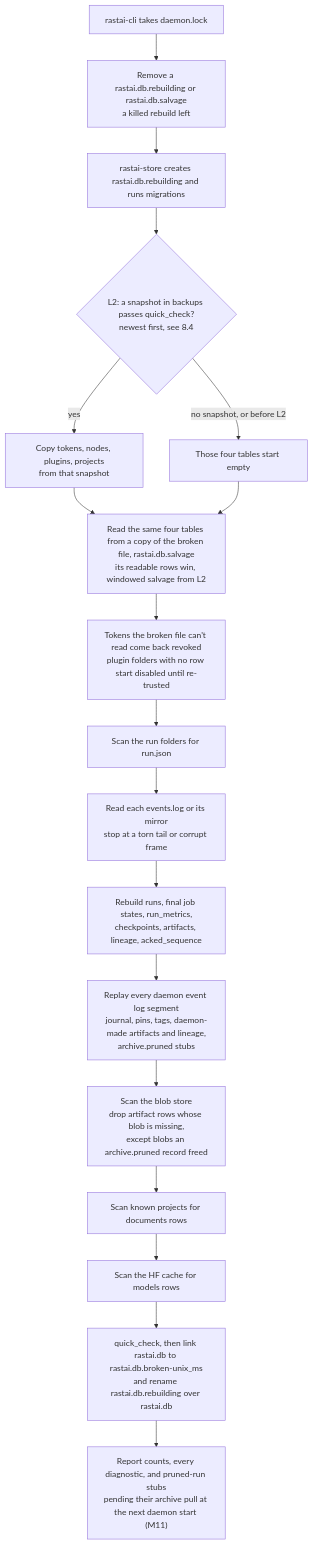
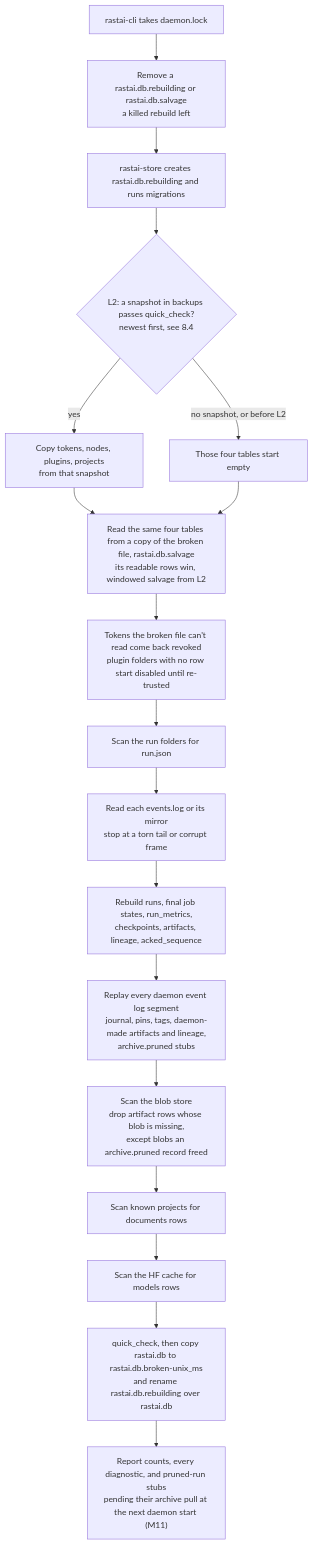
Diagram 28 of 55 in docs/architecture/flows/platform.md (Snubiss/RASTAI-Research-Studio), drawn with Mermaid before and after one commit. The commit also changed 8 other files, not shown here.

````diff
--- a/docs/architecture/flows/platform.md
+++ b/docs/architecture/flows/platform.md
@@ -1370,20 +1370,20 @@
 ```mermaid
 flowchart TD
   A["rastai-cli takes daemon.lock"] --> B["Remove a rastai.db.rebuilding or rastai.db.salvage<br/>a killed rebuild left"]
   B --> C["rastai-store creates rastai.db.rebuilding and runs migrations"]
   C --> D{"L2: a snapshot in backups passes quick_check?<br/>newest first, see 8.4"}
   D -->|"yes"| E["Copy tokens, nodes, plugins, projects<br/>from that snapshot"]
   D -->|"no snapshot, or before L2"| F["Those four tables start empty"]
   E --> SAL["Read the same four tables from a copy of the broken file, rastai.db.salvage<br/>its readable rows win, windowed salvage from L2"]
   F --> SAL
   SAL --> TOK["Tokens the broken file can't read come back revoked<br/>plugin folders with no row start disabled until re-trusted"]
   TOK --> G["Scan the run folders for run.json"]
   G --> H["Read each events.log or its mirror<br/>stop at a torn tail or corrupt frame"]
   H --> I["Rebuild runs, final job states, run_metrics,<br/>checkpoints, artifacts, lineage, acked_sequence"]
   I --> J["Replay every daemon event log segment<br/>journal, pins, tags, daemon-made artifacts and lineage,<br/>archive.pruned stubs"]
   J --> K["Scan the blob store<br/>drop artifact rows whose blob is missing,<br/>except blobs an archive.pruned record freed"]
   K --> L["Scan known projects for documents rows"]
   L --> M["Scan the HF cache for models rows"]
-  M --> Q["quick_check, then link rastai.db to rastai.db.broken-unix_ms<br/>and rename rastai.db.rebuilding over rastai.db"]
+  M --> Q["quick_check, then copy rastai.db to rastai.db.broken-unix_ms<br/>and rename rastai.db.rebuilding over rastai.db"]
   Q --> N["Report counts, every diagnostic, and pruned-run stubs<br/>pending their archive pull at the next daemon start (M11)"]
 ```
````
